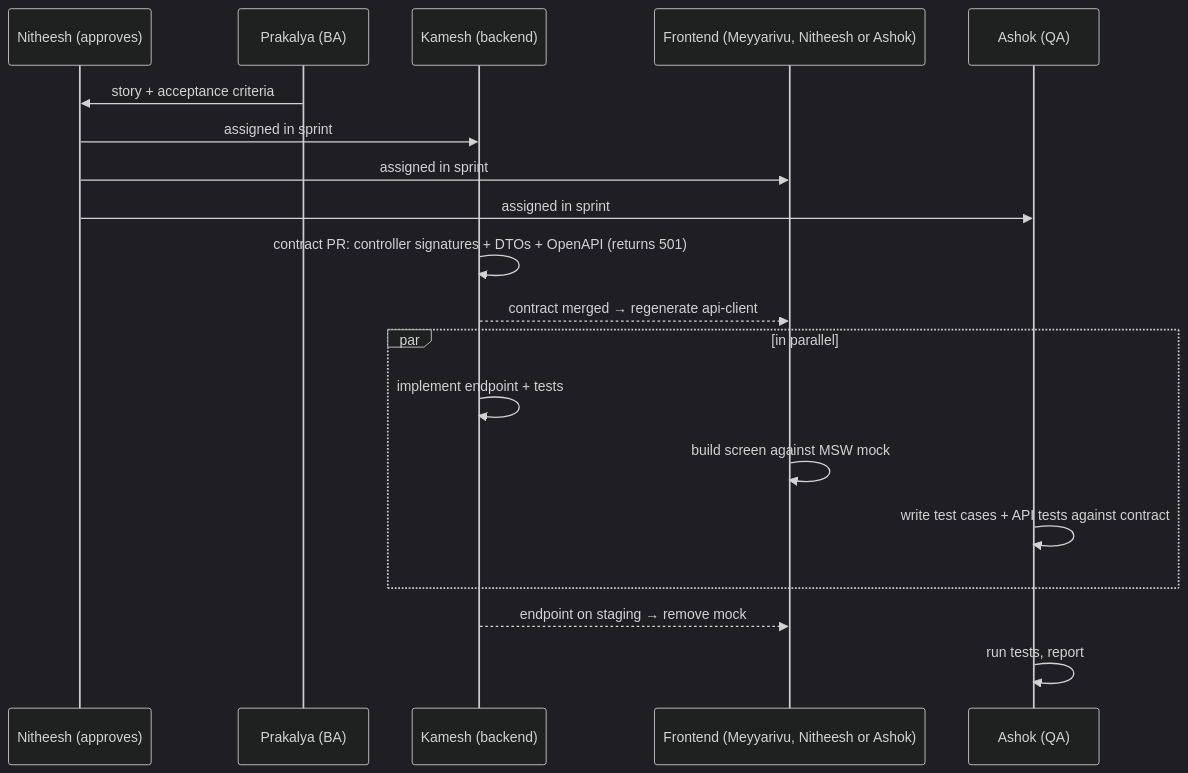
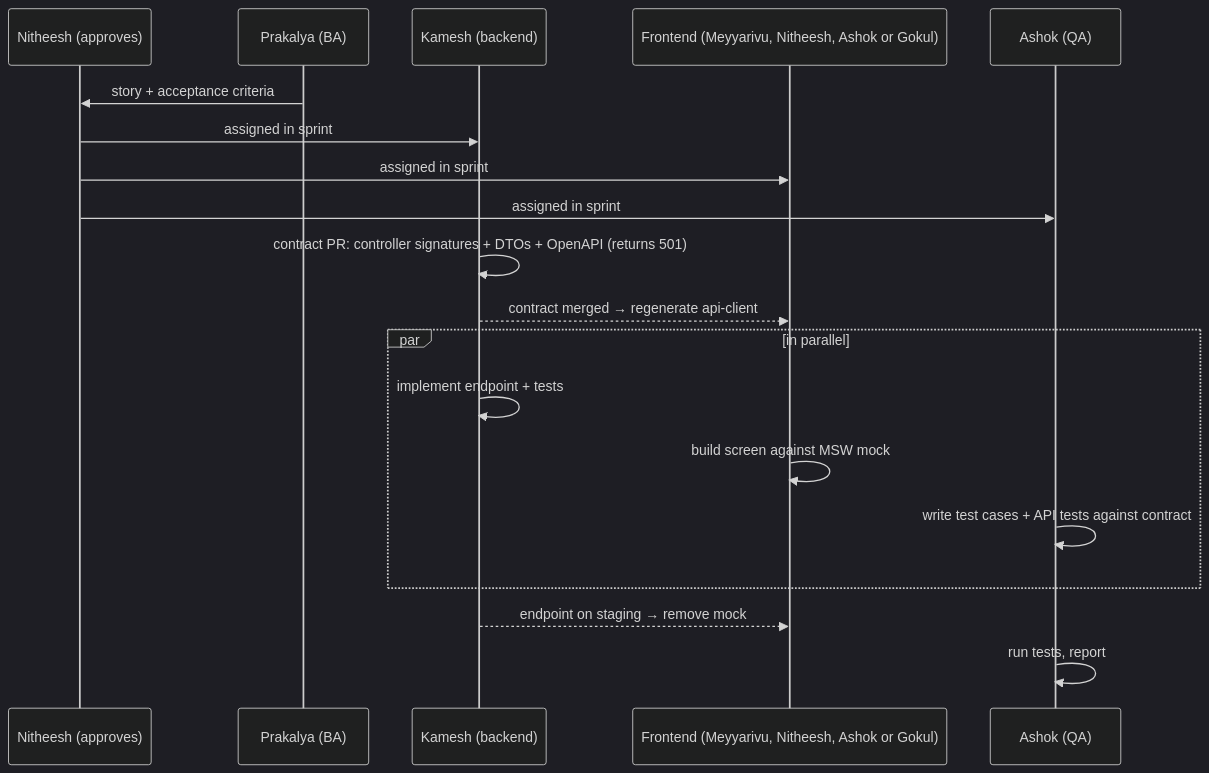
Before and after one commit to Setups-Works/medical-erp: the diagram in docs/team/CONFLICT_FREE_COLLABORATION.md, drawn with Mermaid (dark theme). The commit also changed other lines of this file and 27 other files, not shown here.

First line of the commit message:
docs(team): onboard Gokul as frontend engineer and split screen ownership

````diff
--- a/docs/team/CONFLICT_FREE_COLLABORATION.md
+++ b/docs/team/CONFLICT_FREE_COLLABORATION.md
@@ -18,21 +18,21 @@
 ```mermaid
 sequenceDiagram
     participant N as Nitheesh (approves)
     participant P as Prakalya (BA)
     participant K as Kamesh (backend)
-    participant F as Frontend (Meyyarivu, Nitheesh or Ashok)
+    participant F as Frontend (Meyyarivu, Nitheesh, Ashok or Gokul)
     participant A as Ashok (QA)
     P->>N: story + acceptance criteria
     N->>K: assigned in sprint
     N->>F: assigned in sprint
     N->>A: assigned in sprint
     K->>K: contract PR: controller signatures + DTOs + OpenAPI (returns 501)
     K-->>F: contract merged → regenerate api-client
     par in parallel
         K->>K: implement endpoint + tests
         F->>F: build screen against MSW mock
         A->>A: write test cases + API tests against contract
     end
     K-->>F: endpoint on staging → remove mock
     A->>A: run tests, report
 ```
````
